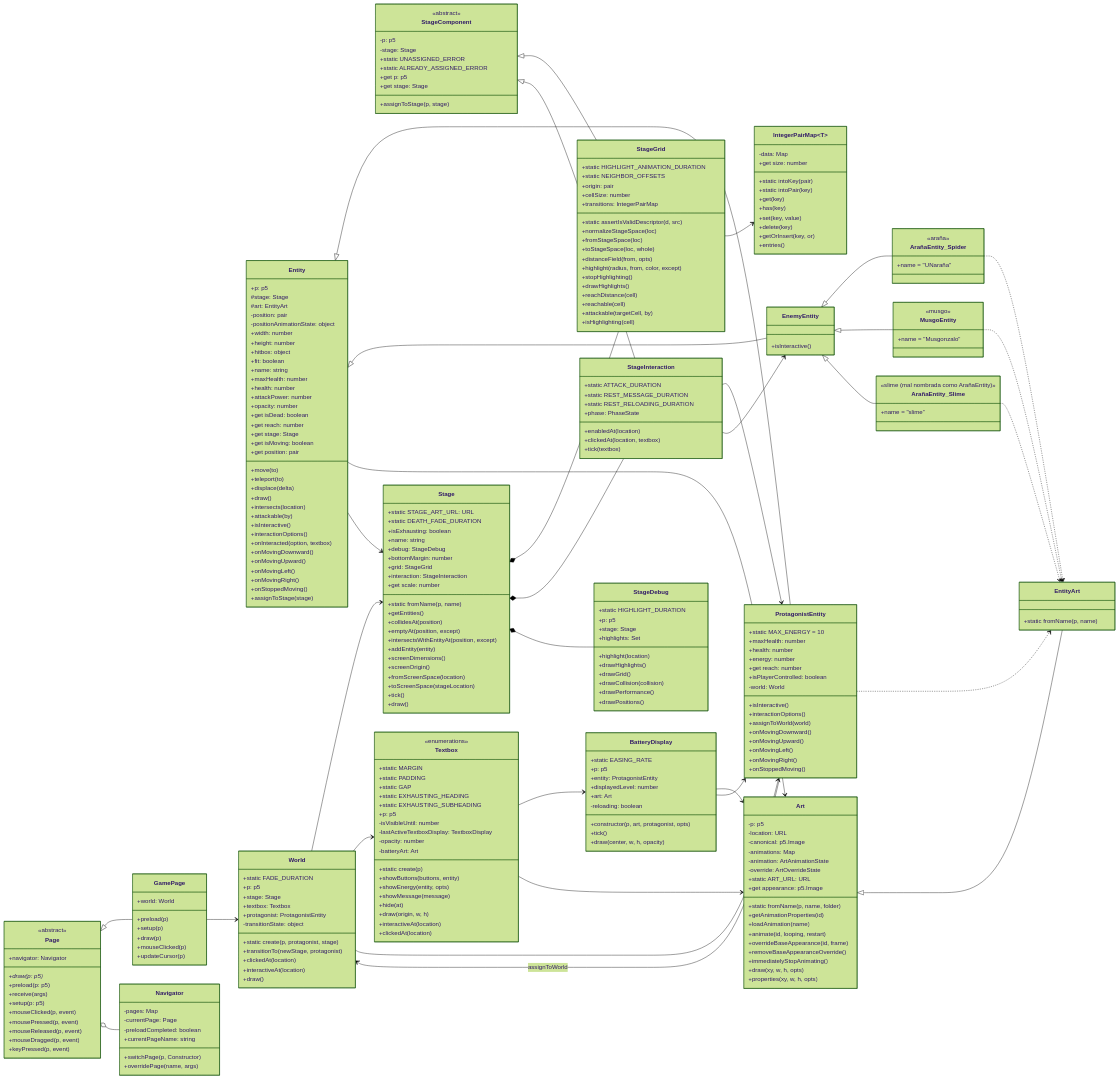
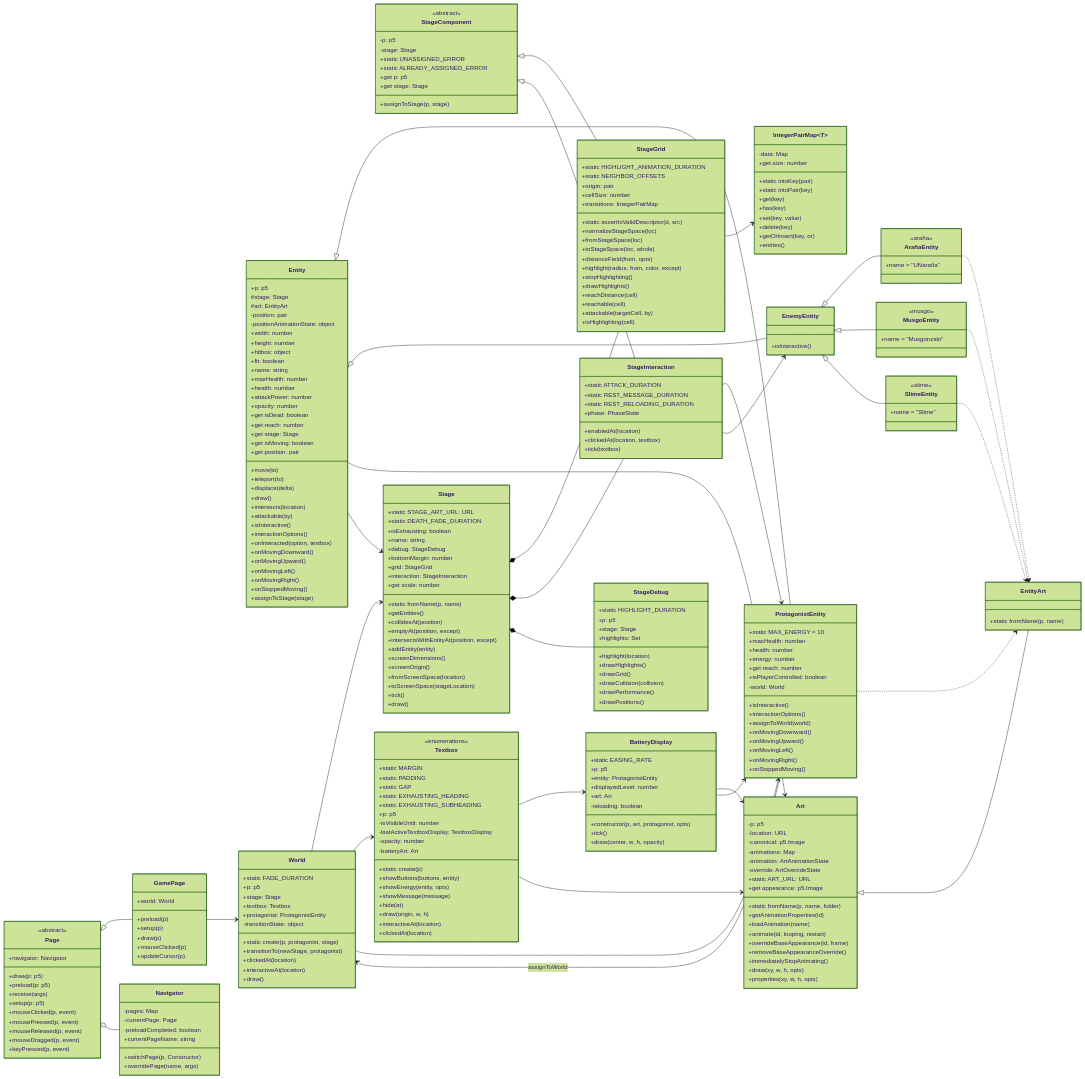
The diagram in proyectos/3/uml.mermaid (dontwanttothink/2016375), drawn with Mermaid (forest theme) before and after one commit.

```diff
--- a/proyectos/3/uml.mermaid
+++ b/proyectos/3/uml.mermaid
@@ -130,7 +130,7 @@
         +onStoppedMoving()
     }
 
-    class ArañaEntity_Spider {
+    class ArañaEntity {
         <<araña>>
         +name = "UNaraña"
     }
@@ -140,16 +140,16 @@
         +name = "Musgonzalo"
     }
 
-    class ArañaEntity_Slime {
-        <<slime (mal nombrada como ArañaEntity)>>
-        +name = "slime"
+    class SlimeEntity {
+        <<slime>>
+        +name = "Slime"
     }
 
     Entity <|-- ProtagonistEntity
     Entity <|-- EnemyEntity
-    EnemyEntity <|-- ArañaEntity_Spider
+    EnemyEntity <|-- ArañaEntity
     EnemyEntity <|-- MusgoEntity
-    EnemyEntity <|-- ArañaEntity_Slime
+    EnemyEntity <|-- SlimeEntity
 
     %% ============================================================
     %% Sistema de escenario
@@ -329,7 +329,7 @@
     BatteryDisplay --> ProtagonistEntity
     StageInteraction --> ProtagonistEntity
     StageInteraction --> EnemyEntity
-    ArañaEntity_Spider ..> EntityArt
+    ArañaEntity ..> EntityArt
     MusgoEntity ..> EntityArt
-    ArañaEntity_Slime ..> EntityArt
+    SlimeEntity ..> EntityArt
     ProtagonistEntity ..> EntityArt
```
